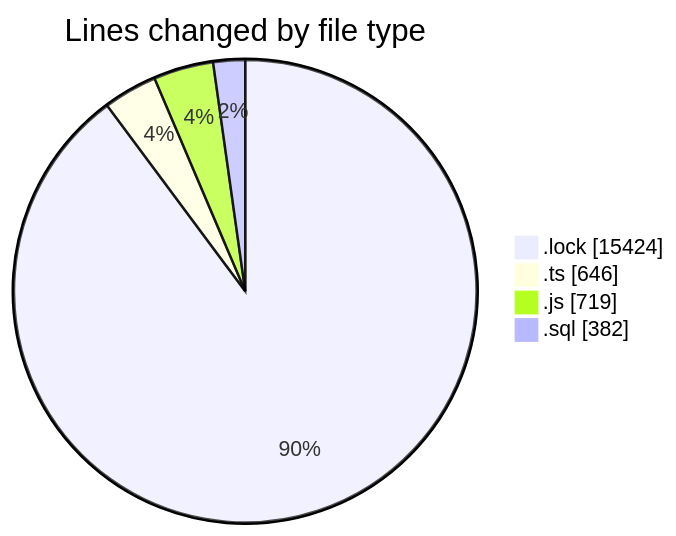
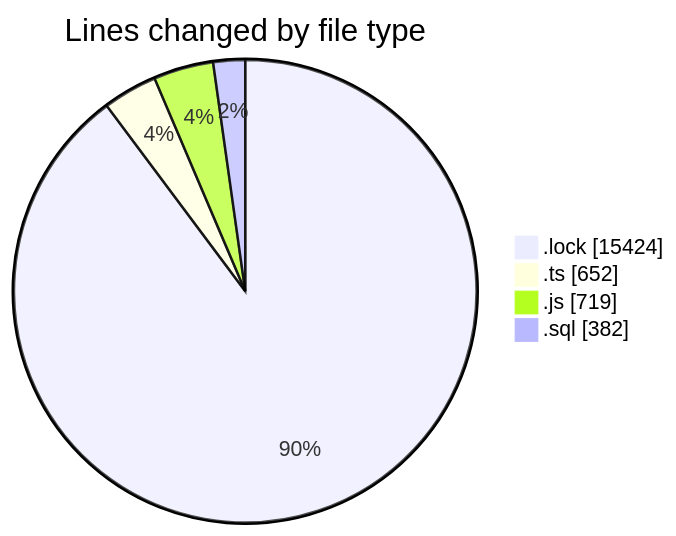
The first of 2 diagrams in 2025-05-22/cda/README.md (momahboobian/code-tracking), drawn with Mermaid before and after one commit. The commit also changed other lines of this file and 1 other file, not shown here.

````diff
--- a/2025-05-22/cda/README.md
+++ b/2025-05-22/cda/README.md
@@ -26,8 +26,8 @@
 ```mermaid
 pie showData
 title Lines changed by file type
 ".lock" : 15424
-".ts" : 646
+".ts" : 652
 ".js" : 719
 ".sql" : 382
 ```
````
